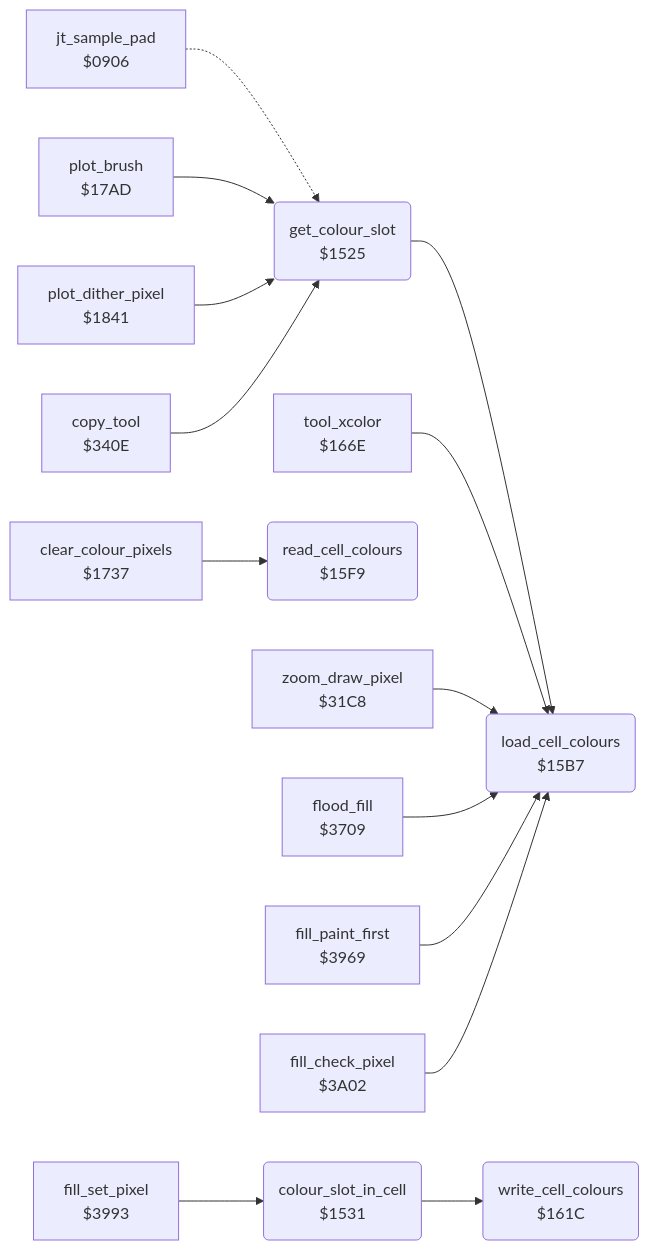
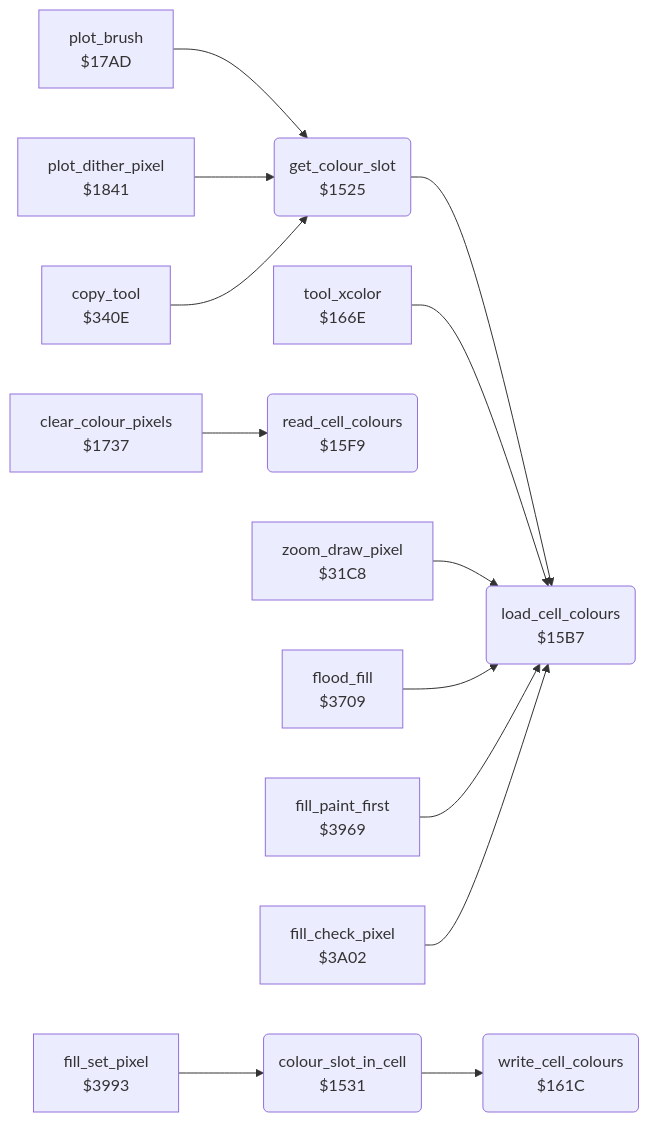
Before and after one commit to henols/c64_games: the diagram in koala_painter/v2/docs/reference/modules/graphics/colour_slots.md, drawn with Mermaid. The commit also changed other lines of this file and 1100 other files, not shown here.

````diff
--- a/koala_painter/v2/docs/reference/modules/graphics/colour_slots.md
+++ b/koala_painter/v2/docs/reference/modules/graphics/colour_slots.md
@@ -10,32 +20,30 @@
 ```mermaid
 flowchart LR
-  n0906["jt_sample_pad<br/>$0906"]
   n1525("get_colour_slot<br/>$1525")
   n1531("colour_slot_in_cell<br/>$1531")
   n15b7("load_cell_colours<br/>$15B7")
   n15f9("read_cell_colours<br/>$15F9")
   n161c("write_cell_colours<br/>$161C")
   n166e["tool_xcolor<br/>$166E"]
   n1737["clear_colour_pixels<br/>$1737"]
   n17ad["plot_brush<br/>$17AD"]
   n1841["plot_dither_pixel<br/>$1841"]
   n31c8["zoom_draw_pixel<br/>$31C8"]
   n340e["copy_tool<br/>$340E"]
   n3709["flood_fill<br/>$3709"]
   n3969["fill_paint_first<br/>$3969"]
   n3993["fill_set_pixel<br/>$3993"]
   n3a02["fill_check_pixel<br/>$3A02"]
-  n0906 -.-> n1525
   n1525 --> n15b7
   n1531 --> n161c
   n166e --> n15b7
   n1737 --> n15f9
   n17ad --> n1525
   n1841 --> n1525
   n31c8 --> n15b7
   n340e --> n1525
   n3709 --> n15b7
   n3969 --> n15b7
   n3993 --> n1531
   n3a02 --> n15b7
 ```
````
